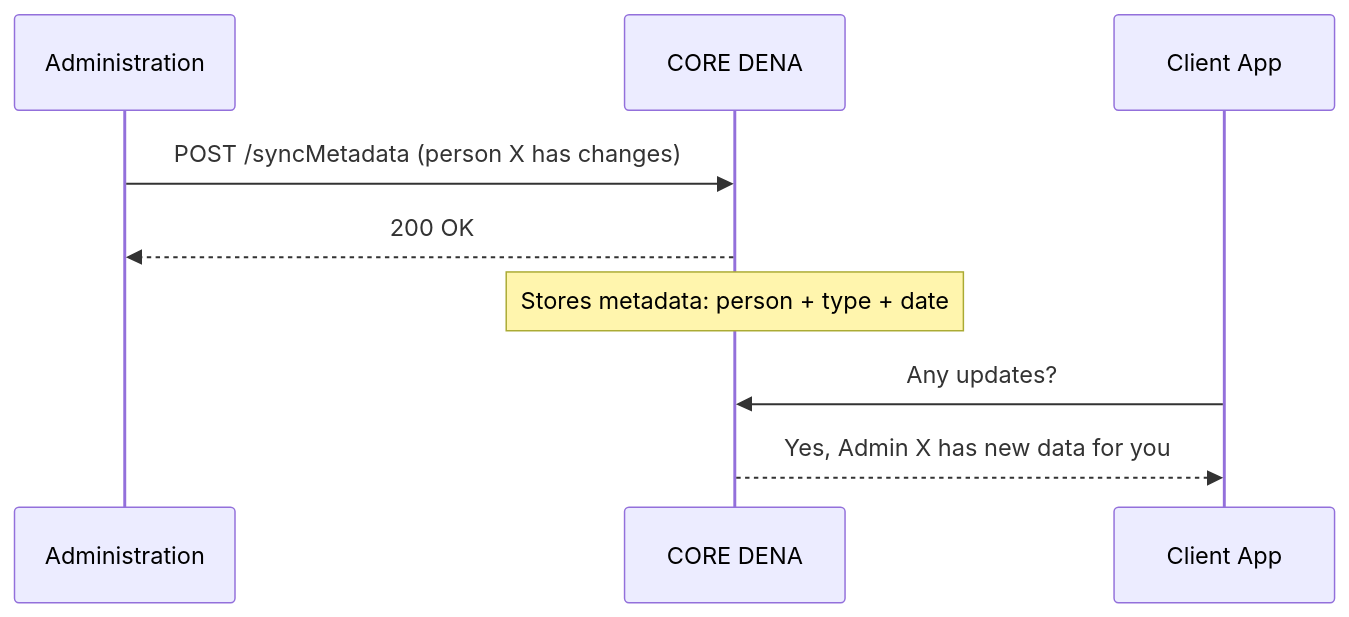
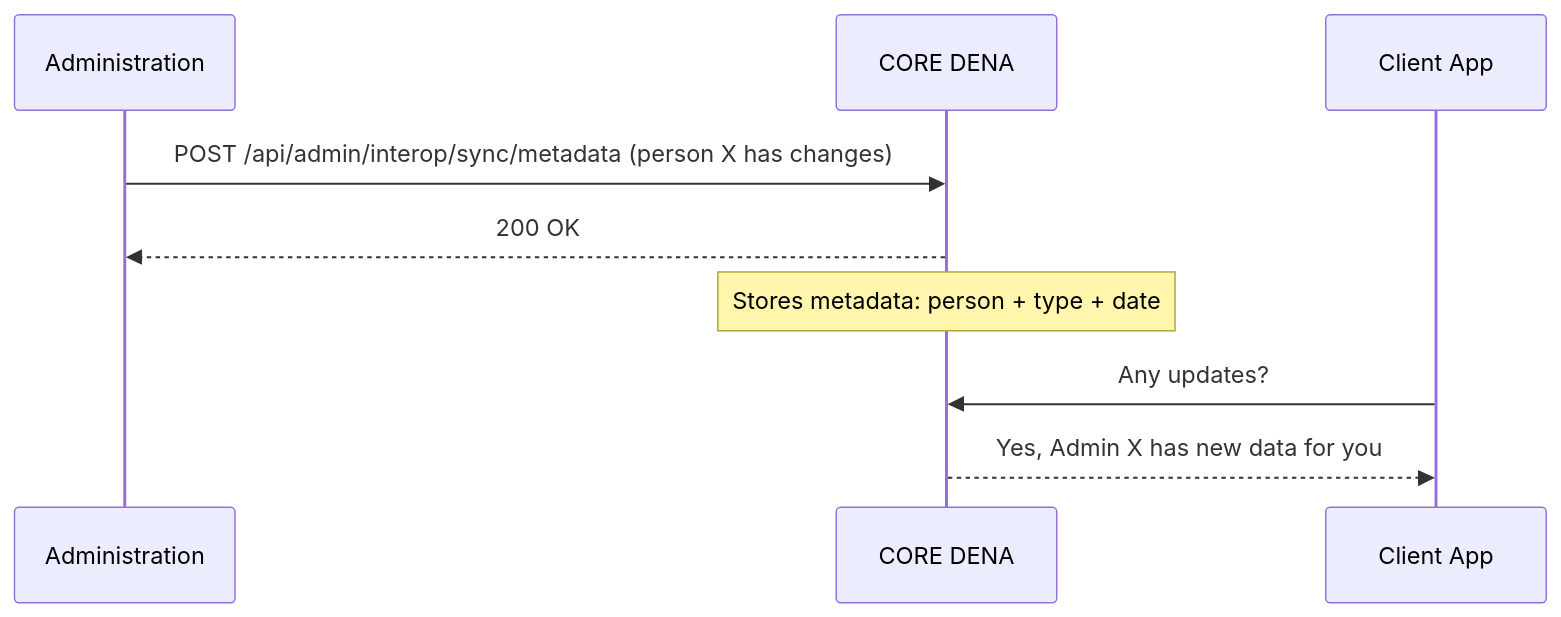
The diagram in docs/semantica/metadata-sync/index.en.md (DENA-Euskadi/dena-euskadi.github.io), drawn with Mermaid before and after one commit. The commit also changed 52 other files, not shown here.

````diff
--- a/docs/semantica/metadata-sync/index.en.md
+++ b/docs/semantica/metadata-sync/index.en.md
@@ -11,14 +11,14 @@
 ``` mermaid
 sequenceDiagram
     participant Admin as Administration
     participant DENA as CORE DENA
     participant App as Client App
 
-    Admin->>DENA: POST /syncMetadata (person X has changes)
+    Admin->>DENA: POST /api/admin/interop/sync/metadata (person X has changes)
     DENA-->>Admin: 200 OK
 
     Note over DENA: Stores metadata: person + type + date
 
     App->>DENA: Any updates?
     DENA-->>App: Yes, Admin X has new data for you
 ```
````
